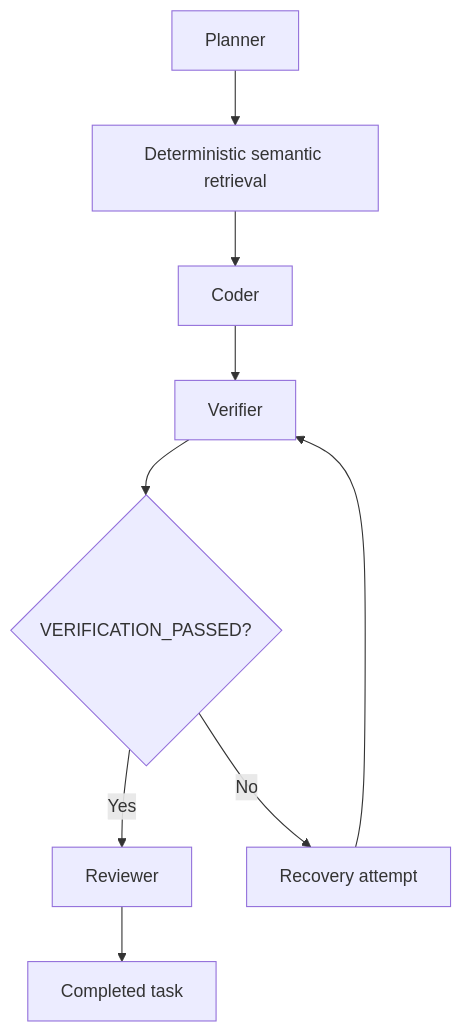
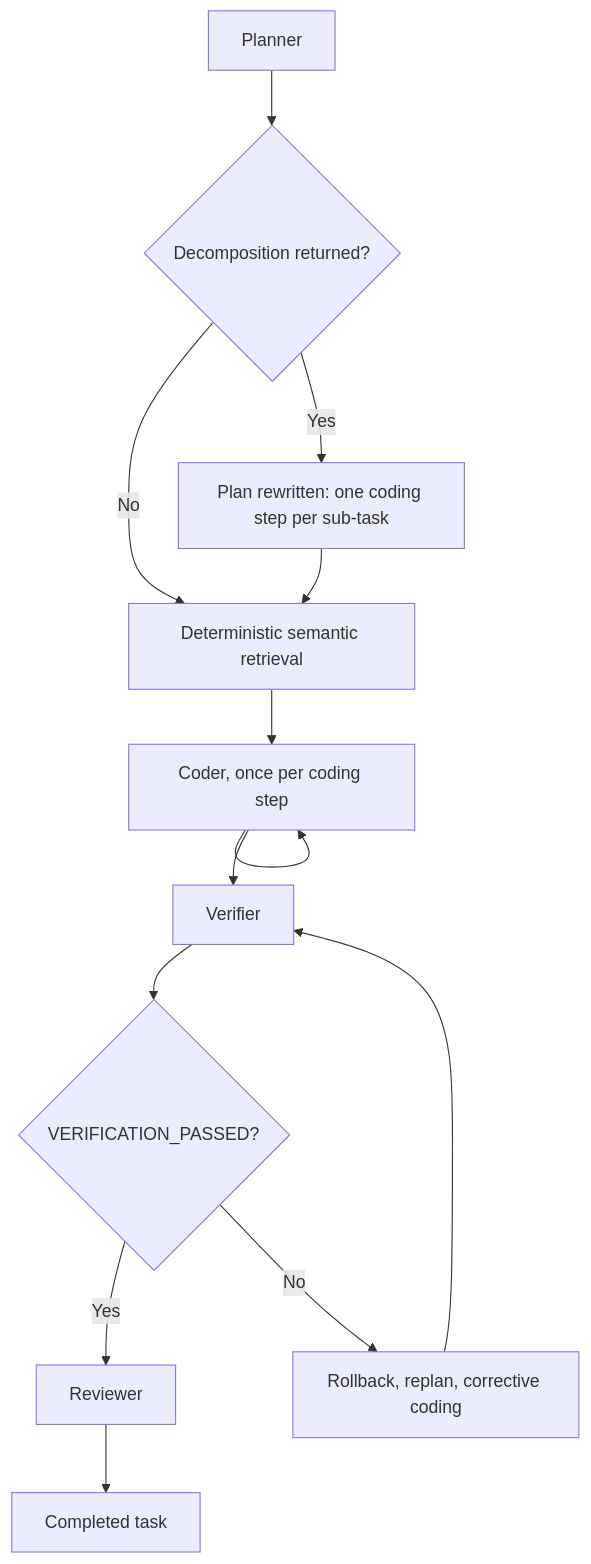
One commit to Singularityy0/AgentZero changed the fourth of 5 diagrams in docs/ARCHITECTURE_AND_STATUS.md. Above: the diagram before and after it, drawn with Mermaid. The commit also changed other lines of this file and 30 other files, not shown here.

````diff
--- a/docs/ARCHITECTURE_AND_STATUS.md
+++ b/docs/ARCHITECTURE_AND_STATUS.md
@@ -247,11 +264,15 @@
 ```mermaid
 flowchart TD
-    Plan[Planner] --> Retrieve[Deterministic semantic retrieval]
-    Retrieve --> Code[Coder]
+    Plan[Planner] --> Expand{Decomposition returned?}
+    Expand -->|No| Retrieve[Deterministic semantic retrieval]
+    Expand -->|Yes| Rewrite[Plan rewritten: one coding step per sub-task]
+    Rewrite --> Retrieve
+    Retrieve --> Code[Coder, once per coding step]
+    Code --> Code
     Code --> Verify[Verifier]
     Verify --> Passed{VERIFICATION_PASSED?}
     Passed -->|Yes| Review[Reviewer]
-    Passed -->|No| Recover[Recovery attempt]
+    Passed -->|No| Recover[Rollback, replan, corrective coding]
     Recover --> Verify
     Review --> Done[Completed task]
 ```
````
